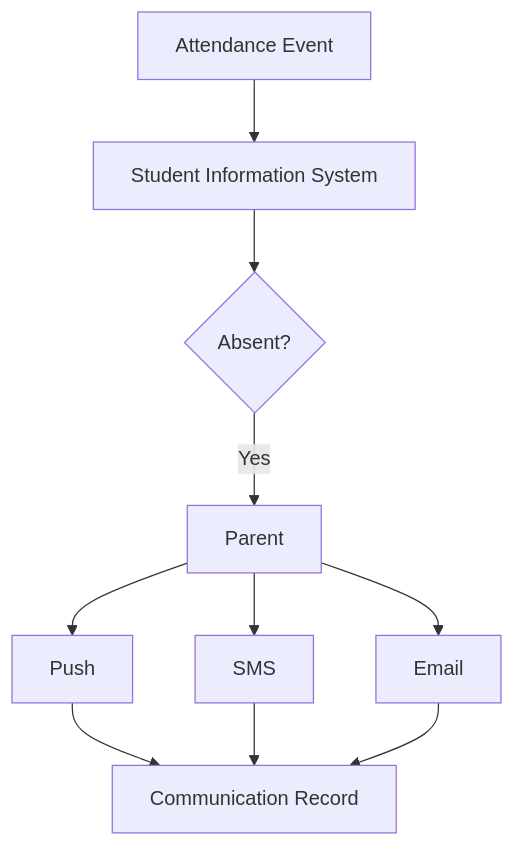
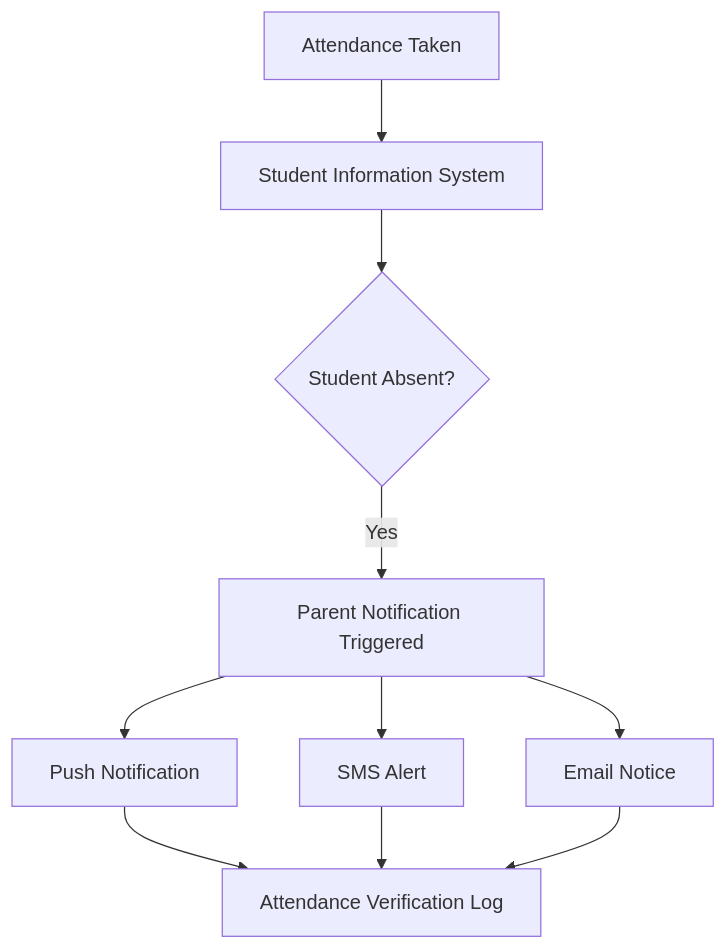
Before and after one commit to ishandutta2007/Awesome-School-Communication: the sixth of 7 diagrams in README.md, drawn with Mermaid. The commit also changed other lines of this file and 2 other files, not shown here.

````diff
--- a/README.md
+++ b/README.md
@@ -1517,32 +532,12 @@
 ```mermaid
 flowchart TD
-
-    ATTENDANCE[Attendance Event]
-
-    SIS[Student Information System]
-
-    RULE{Absent?}
-
-    PARENT[Parent]
-
-    PUSH[Push]
-
-    SMS[SMS]
-
-    EMAIL[Email]
-
-    RECORD[Communication Record]
-
-    ATTENDANCE --> SIS
-    SIS --> RULE
-
-    RULE -->|Yes| PARENT
-
-    PARENT --> PUSH
-    PARENT --> SMS
-    PARENT --> EMAIL
-
-    PUSH --> RECORD
+    ATTENDANCE[Attendance Taken] --> SIS[Student Information System]
+    SIS --> RULE{Student Absent?}
+    RULE -->|Yes| PARENT[Parent Notification Triggered]
+    PARENT --> PUSH[Push Notification]
+    PARENT --> SMS[SMS Alert]
+    PARENT --> EMAIL[Email Notice]
+    PUSH --> RECORD[Attendance Verification Log]
     SMS --> RECORD
     EMAIL --> RECORD
 ```
````
